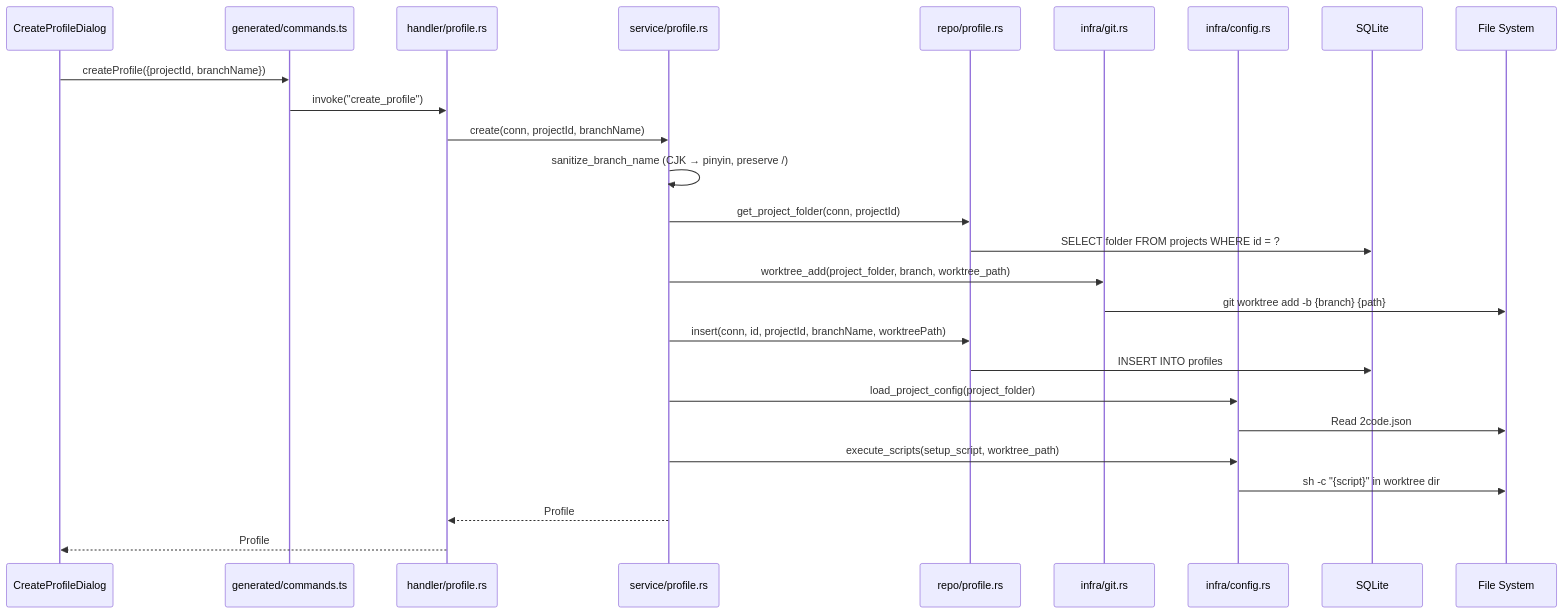
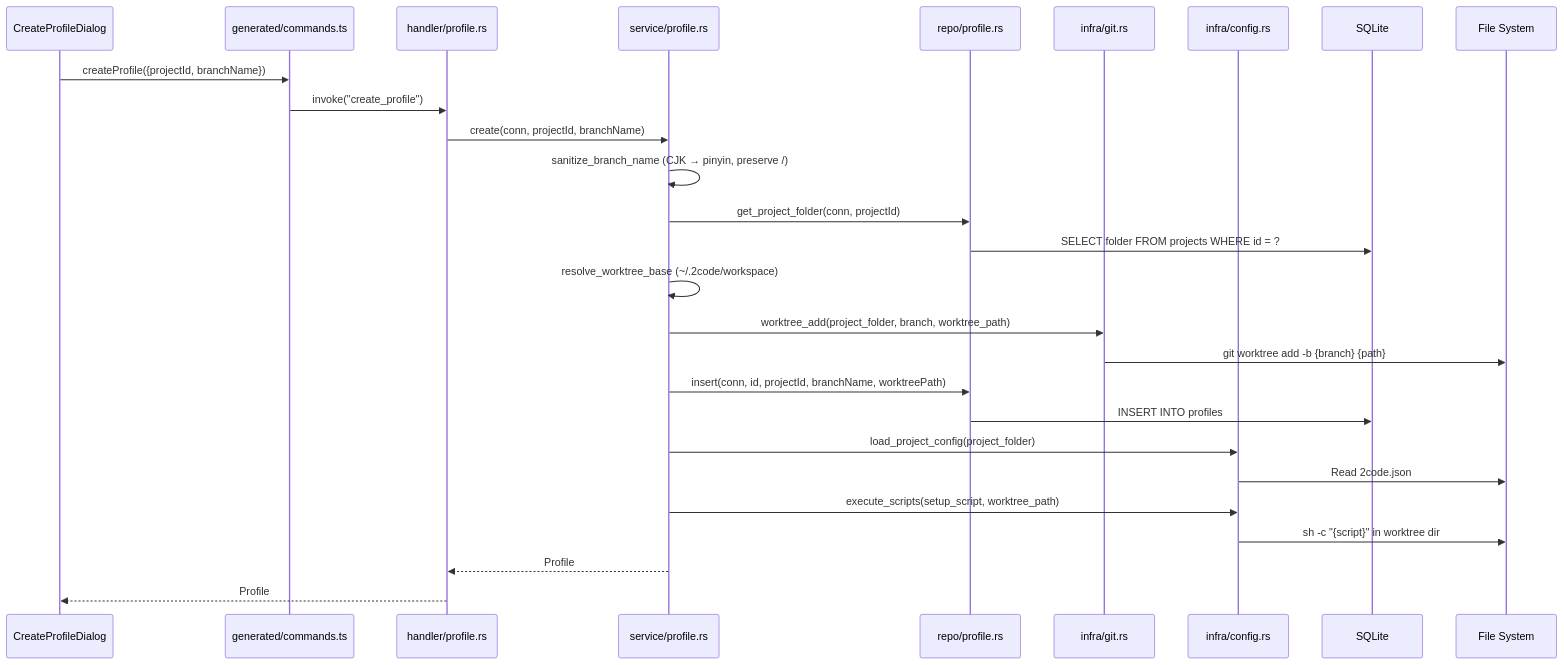
The fifth of 7 diagrams in docs/data-flow.md (AkaraChen/2code), drawn with Mermaid before and after one commit. The commit also changed other lines of this file and 2 other files, not shown here.

First line of the commit message:
docs: update API reference, config, and data flow docs to match codebase

````diff
--- a/docs/data-flow.md
+++ b/docs/data-flow.md
@@ -160,34 +161,35 @@
 ```mermaid
 sequenceDiagram
     participant UI as CreateProfileDialog
     participant Gen as generated/commands.ts
     participant Handler as handler/profile.rs
     participant Service as service/profile.rs
     participant Repo as repo/profile.rs
     participant Git as infra/git.rs
     participant Config as infra/config.rs
     participant DB as SQLite
     participant FS as File System
 
     UI->>Gen: createProfile({projectId, branchName})
     Gen->>Handler: invoke("create_profile")
     Handler->>Service: create(conn, projectId, branchName)
 
     Service->>Service: sanitize_branch_name (CJK → pinyin, preserve /)
     Service->>Repo: get_project_folder(conn, projectId)
     Repo->>DB: SELECT folder FROM projects WHERE id = ?
 
+    Service->>Service: resolve_worktree_base (~/.2code/workspace)
     Service->>Git: worktree_add(project_folder, branch, worktree_path)
     Git->>FS: git worktree add -b {branch} {path}
 
     Service->>Repo: insert(conn, id, projectId, branchName, worktreePath)
     Repo->>DB: INSERT INTO profiles
 
     Service->>Config: load_project_config(project_folder)
     Config->>FS: Read 2code.json
     Service->>Config: execute_scripts(setup_script, worktree_path)
     Config->>FS: sh -c "{script}" in worktree dir
 
     Service-->>Handler: Profile
     Handler-->>UI: Profile
 ```
````
